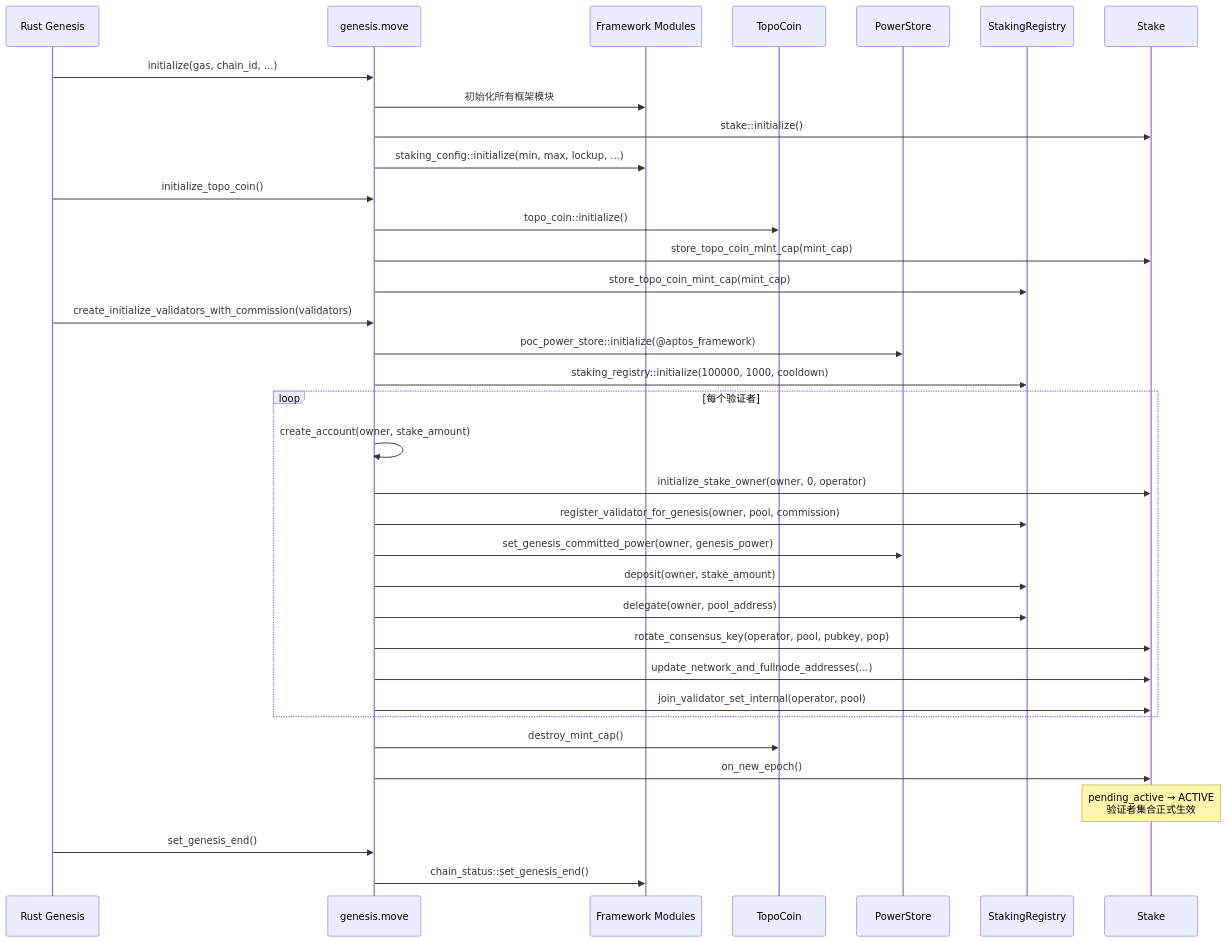
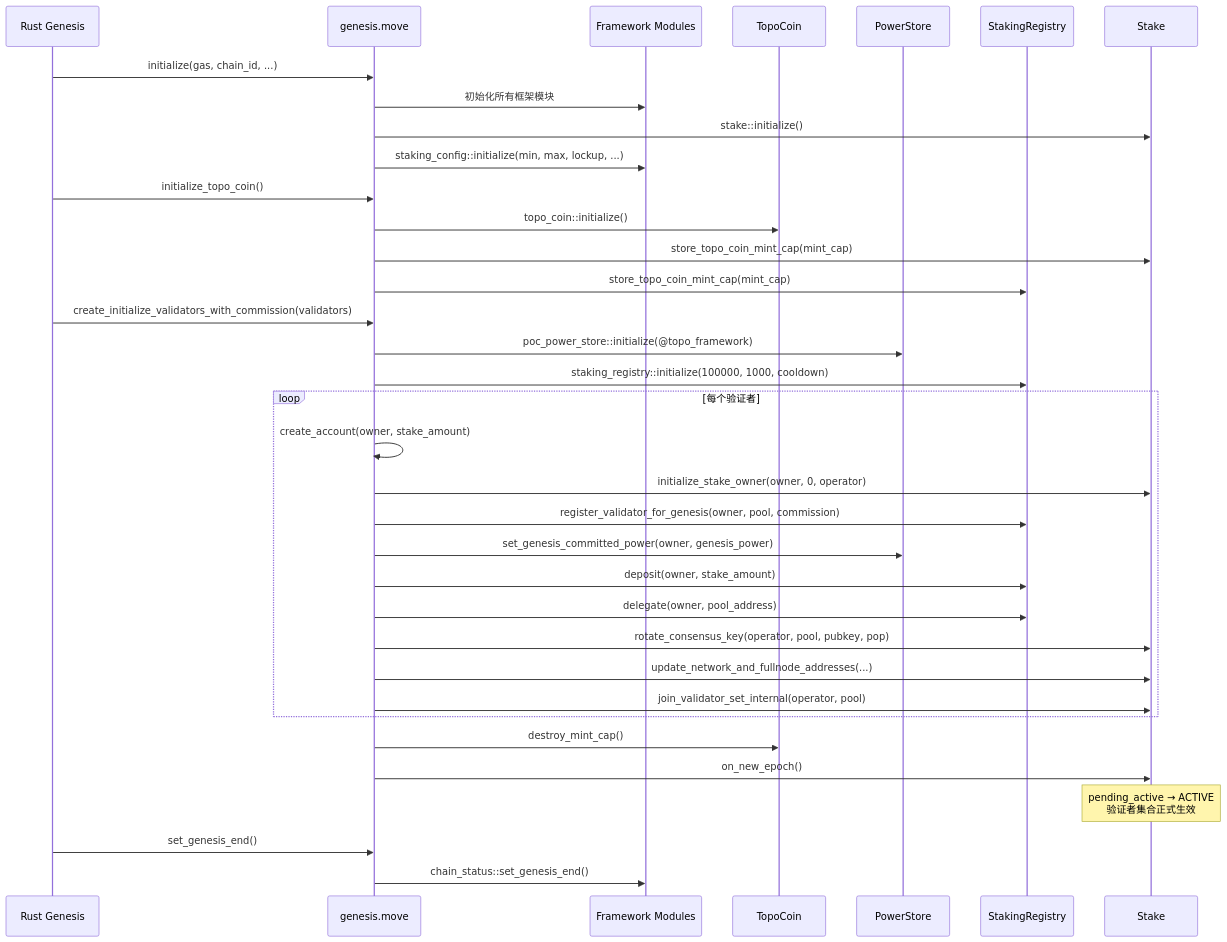
One commit to tuminfei/aptos-core changed the eighth of 8 diagrams in aptos-move/framework/topo-framework/doc/poc/poc_v5/10-创世初始化流程.md. Above: the diagram before and after it, drawn with Mermaid. The commit also changed other lines of this file and 517 other files, not shown here.

````diff
--- a/aptos-move/framework/topo-framework/doc/poc/poc_v5/10-创世初始化流程.md
+++ b/aptos-move/framework/topo-framework/doc/poc/poc_v5/10-创世初始化流程.md
@@ -288,43 +288,43 @@
 ```mermaid
 sequenceDiagram
     participant RUST as Rust Genesis
     participant GN as genesis.move
     participant AF as Framework Modules
     participant TC as TopoCoin
     participant PS as PowerStore
     participant SR as StakingRegistry
     participant ST as Stake
 
     RUST->>GN: initialize(gas, chain_id, ...)
     GN->>AF: 初始化所有框架模块
     GN->>ST: stake::initialize()
     GN->>AF: staking_config::initialize(min, max, lockup, ...)
 
     RUST->>GN: initialize_topo_coin()
     GN->>TC: topo_coin::initialize()
     GN->>ST: store_topo_coin_mint_cap(mint_cap)
     GN->>SR: store_topo_coin_mint_cap(mint_cap)
 
     RUST->>GN: create_initialize_validators_with_commission(validators)
-    GN->>PS: poc_power_store::initialize(@aptos_framework)
+    GN->>PS: poc_power_store::initialize(@topo_framework)
     GN->>SR: staking_registry::initialize(100000, 1000, cooldown)
 
     loop 每个验证者
         GN->>GN: create_account(owner, stake_amount)
         GN->>ST: initialize_stake_owner(owner, 0, operator)
         GN->>SR: register_validator_for_genesis(owner, pool, commission)
         GN->>PS: set_genesis_committed_power(owner, genesis_power)
         GN->>SR: deposit(owner, stake_amount)
         GN->>SR: delegate(owner, pool_address)
         GN->>ST: rotate_consensus_key(operator, pool, pubkey, pop)
         GN->>ST: update_network_and_fullnode_addresses(...)
         GN->>ST: join_validator_set_internal(operator, pool)
     end
 
     GN->>TC: destroy_mint_cap()
     GN->>ST: on_new_epoch()
     Note over ST: pending_active → ACTIVE<br/>验证者集合正式生效
 
     RUST->>GN: set_genesis_end()
     GN->>AF: chain_status::set_genesis_end()
 ```
````
